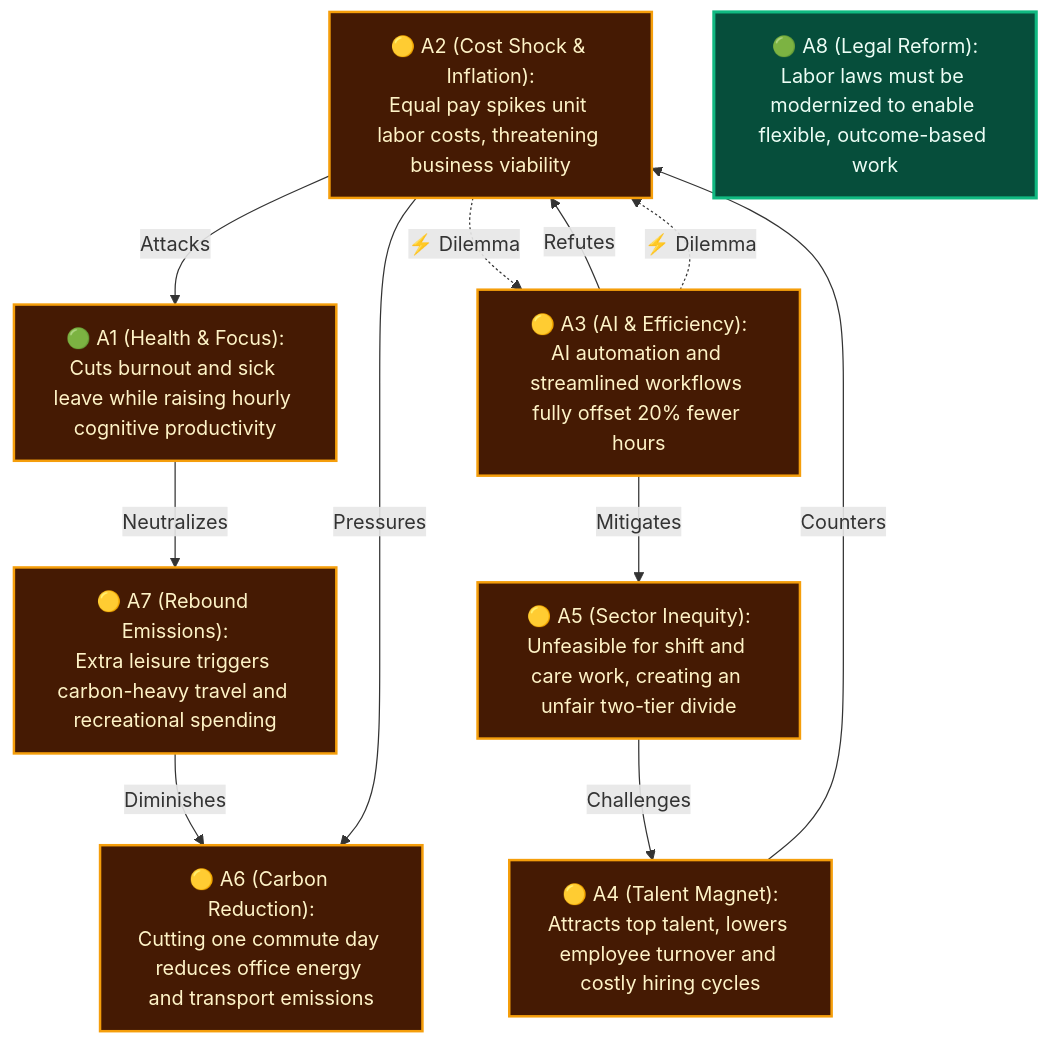
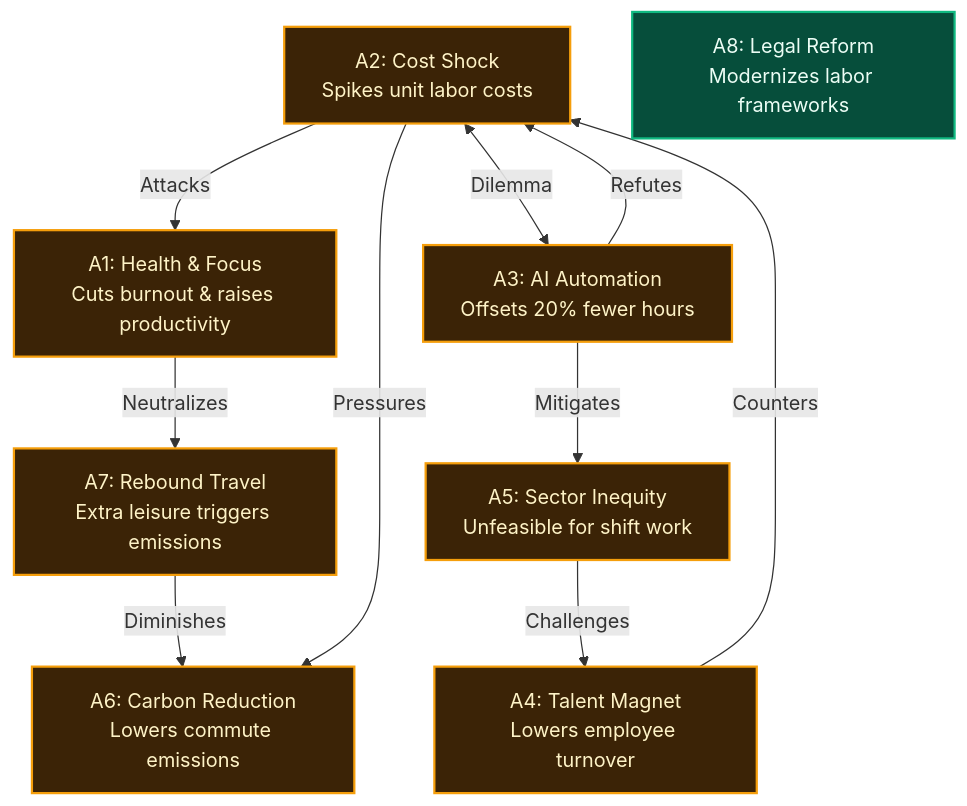
One commit to jsprado/clashpy changed the diagram in README.md. Above: the diagram before and after it, drawn with Mermaid. The commit also changed other lines of this file and 1 other file, not shown here.

Commit message:
docs: update system specification and README with multi-agent debate architecture and subtle status styling

````diff
--- a/README.md
+++ b/README.md
@@ -302,26 +302,25 @@
 ```mermaid
 graph TD
-    classDef core fill:#064e3b,stroke:#10b981,stroke-width:2.5px,color:#ecfdf5;
-    classDef contested fill:#451a03,stroke:#f59e0b,stroke-width:2px,color:#fef3c7;
-    classDef excluded fill:#450a0a,stroke:#ef4444,stroke-width:2px,color:#fee2e2;
+    classDef core fill:#064e3b,stroke:#10b981,stroke-width:1.8px,color:#ecfdf5;
+    classDef contested fill:#3b2306,stroke:#f59e0b,stroke-width:1.8px,color:#fef3c7;
+    classDef excluded fill:#3b0f0f,stroke:#ef4444,stroke-width:1.8px,color:#fee2e2;
     
-    A1["🟢 A1 (Health & Focus):<br/>Cuts burnout and sick leave while raising hourly cognitive productivity"]:::contested
-    A2["🟡 A2 (Cost Shock & Inflation):<br/>Equal pay spikes unit labor costs, threatening business viability"]:::contested
-    A3["🟡 A3 (AI & Efficiency):<br/>AI automation and streamlined workflows fully offset 20% fewer hours"]:::contested
-    A4["🟡 A4 (Talent Magnet):<br/>Attracts top talent, lowers employee turnover and costly hiring cycles"]:::contested
-    A5["🟡 A5 (Sector Inequity):<br/>Unfeasible for shift and care work, creating an unfair two-tier divide"]:::contested
-    A6["🟡 A6 (Carbon Reduction):<br/>Cutting one commute day reduces office energy and transport emissions"]:::contested
-    A7["🟡 A7 (Rebound Emissions):<br/>Extra leisure triggers carbon-heavy travel and recreational spending"]:::contested
-    A8["🟢 A8 (Legal Reform):<br/>Labor laws must be modernized to enable flexible, outcome-based work"]:::core
+    A1["A1: Health & Focus<br/>Cuts burnout & raises productivity"]:::contested
+    A2["A2: Cost Shock<br/>Spikes unit labor costs"]:::contested
+    A3["A3: AI Automation<br/>Offsets 20% fewer hours"]:::contested
+    A4["A4: Talent Magnet<br/>Lowers employee turnover"]:::contested
+    A5["A5: Sector Inequity<br/>Unfeasible for shift work"]:::contested
+    A6["A6: Carbon Reduction<br/>Lowers commute emissions"]:::contested
+    A7["A7: Rebound Travel<br/>Extra leisure triggers emissions"]:::contested
+    A8["A8: Legal Reform<br/>Modernizes labor frameworks"]:::core
 
     A2 -->|Attacks| A1
     A3 -->|Refutes| A2
-    A2 -.->|⚡ Dilemma| A3
-    A3 -.->|⚡ Dilemma| A2
+    A2 <-->|Dilemma| A3
     A4 -->|Counters| A2
     A5 -->|Challenges| A4
     A3 -->|Mitigates| A5
     A7 -->|Diminishes| A6
     A1 -->|Neutralizes| A7
     A2 -->|Pressures| A6
 ```
````
